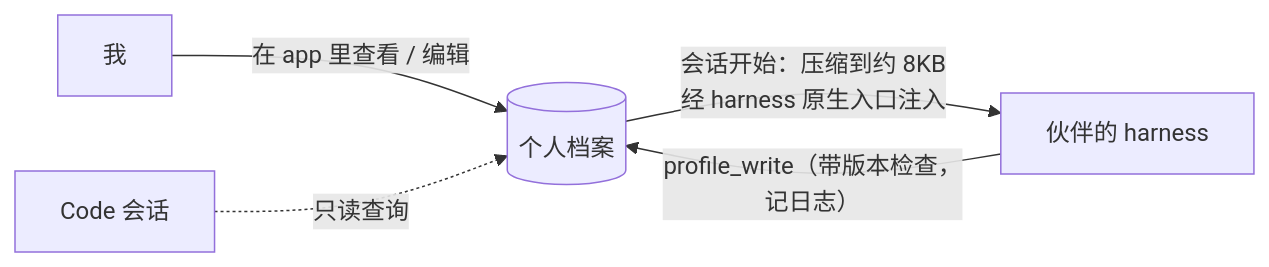
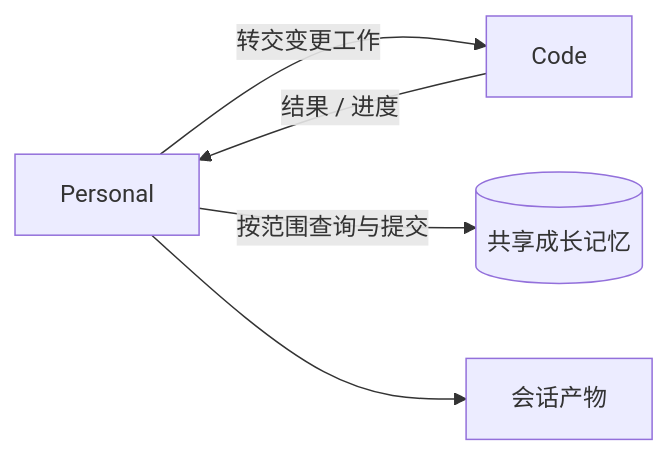
One commit to yangflow/hoplet changed the second of 2 diagrams in docs/design/0010-personal-mode.md. Above: the diagram before and after it, drawn with Mermaid. The commit also changed other lines of this file and 26 other files, not shown here.

Commit message:
docs(design): align designs and roadmap with implementation

````diff
--- a/docs/design/0010-personal-mode.md
+++ b/docs/design/0010-personal-mode.md
@@ -41,7 +51,7 @@
 ```mermaid
 flowchart LR
-    Prof[("个人档案")] -- "会话开始：压缩到约 8KB<br/>经 harness 原生入口注入" --> H["伙伴的 harness"]
-    H -- "profile_write（带版本检查，记日志）" --> Prof
-    Me["我"] -- "在 app 里查看 / 编辑" --> Prof
-    C["Code 会话"] -. 只读查询 .-> Prof
+    P["Personal"] -- "转交变更工作" --> C["Code"]
+    C -- "结果 / 进度" --> P
+    P -- "按范围查询与提交" --> M[("共享成长记忆")]
+    P --> Artifacts["会话产物"]
 ```
````
